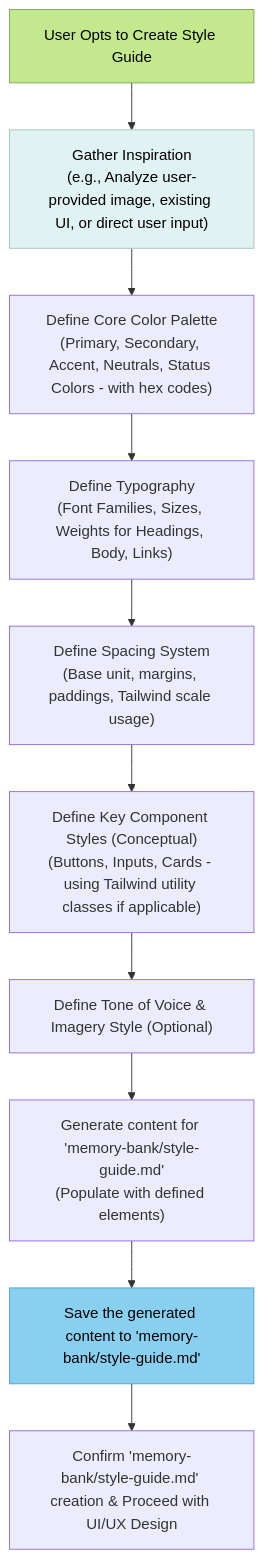
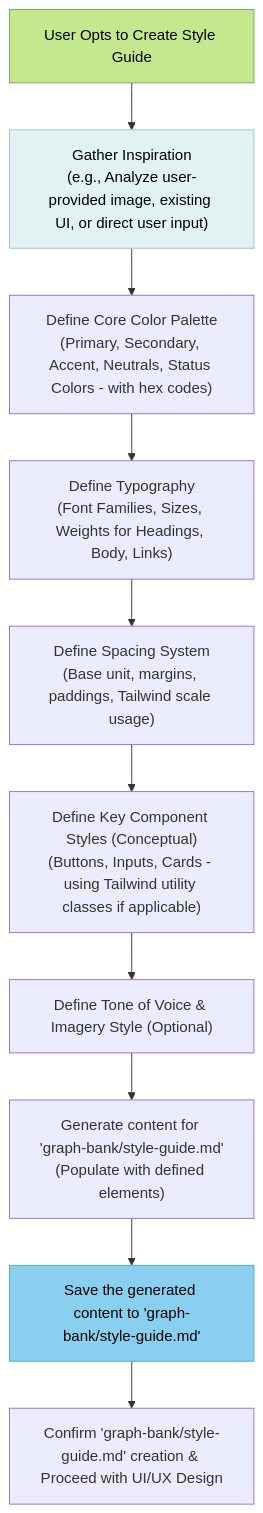
Before and after one commit to 7Spade/cursor-memory-bank: the second of 3 diagrams in .cursor/rules/isolation_rules/Phases/CreativePhase/creative-phase-uiux.mdc, drawn with Mermaid. The commit also changed other lines of this file and 43 other files, not shown here.

Commit message:
refactor: Update terminology from "Memory Bank" to "graph bank" across all relevant files, enhancing consistency in documentation and improving clarity in the system's architecture and processes

````diff
--- a/.cursor/rules/isolation_rules/Phases/CreativePhase/creative-phase-uiux.mdc
+++ b/.cursor/rules/isolation_rules/Phases/CreativePhase/creative-phase-uiux.mdc
@@ -114,16 +114,16 @@
 ```mermaid
 graph TD
     StartCreate["User Opts to Create Style Guide"] --> GatherInspiration["Gather Inspiration<br>(e.g., Analyze user-provided image, existing UI, or direct user input)"]
     GatherInspiration --> DefineColors["Define Core Color Palette<br>(Primary, Secondary, Accent, Neutrals, Status Colors - with hex codes)"]
     DefineColors --> DefineTypography["Define Typography<br>(Font Families, Sizes, Weights for Headings, Body, Links)"]
     DefineTypography --> DefineSpacing["Define Spacing System<br>(Base unit, margins, paddings, Tailwind scale usage)"]
     DefineSpacing --> DefineComponents["Define Key Component Styles (Conceptual)<br>(Buttons, Inputs, Cards - using Tailwind utility classes if applicable)"]
     DefineComponents --> DefineTone["Define Tone of Voice & Imagery Style (Optional)"]
-    DefineTone --> GenerateDoc["Generate content for 'memory-bank/style-guide.md'<br>(Populate with defined elements)"]
-    GenerateDoc --> SaveFile["Save the generated content to 'memory-bank/style-guide.md'"]
-    SaveFile --> Confirm["Confirm 'memory-bank/style-guide.md' creation & Proceed with UI/UX Design"]
+    DefineTone --> GenerateDoc["Generate content for 'graph-bank/style-guide.md'<br>(Populate with defined elements)"]
+    GenerateDoc --> SaveFile["Save the generated content to 'graph-bank/style-guide.md'"]
+    SaveFile --> Confirm["Confirm 'graph-bank/style-guide.md' creation & Proceed with UI/UX Design"]
 
     style StartCreate fill:#c3e88d,stroke:#82a75c,color:black
     style GatherInspiration fill:#e0f2f1,stroke:#a7c4c0,color:black
     style SaveFile fill:#89cff0,stroke:#50a6c2,color:black
 ```
````
